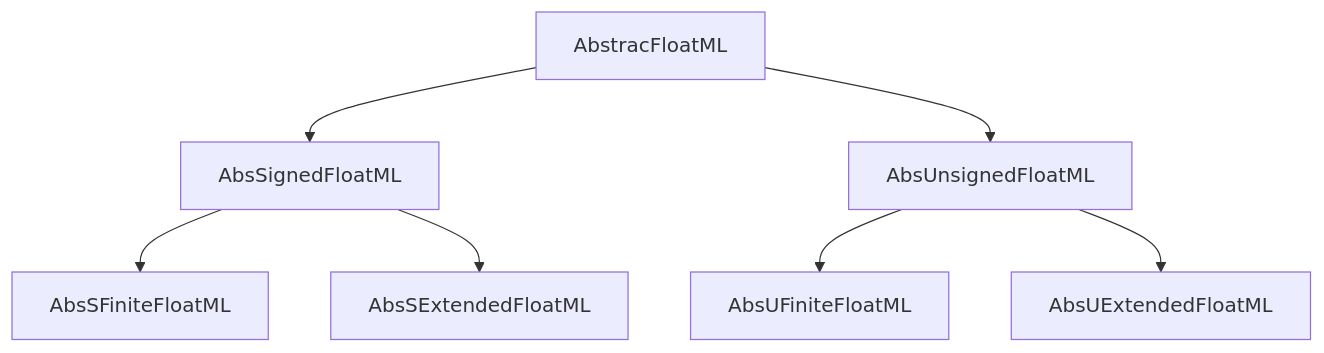
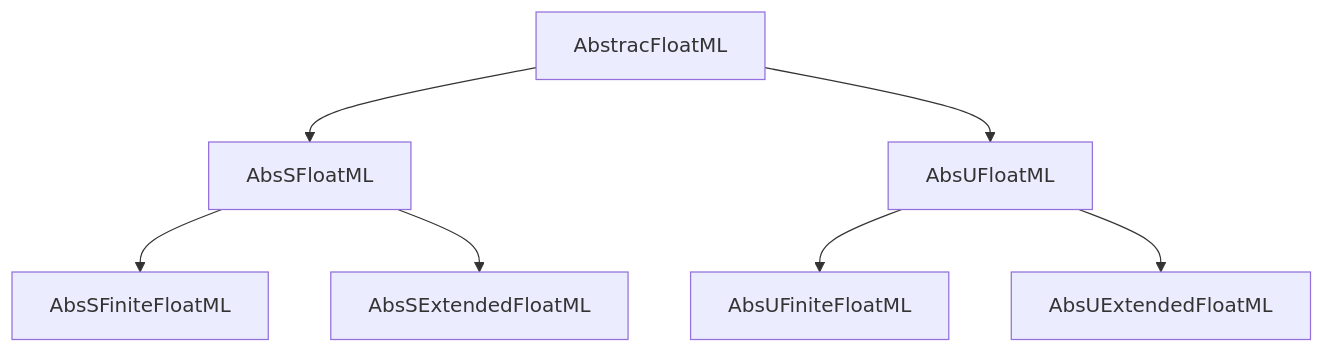
One commit to JeffreySarnoff/AIFloats.jl changed the first of 2 diagrams in docs/src/abstractions.md. Above: the diagram before and after it, drawn with Mermaid. The commit also changed 5 other files, not shown here.

````diff
--- a/docs/src/abstractions.md
+++ b/docs/src/abstractions.md
@@ -4,10 +4,10 @@
 ```mermaid
 graph TD
     A[AbstracFloatML] 
-    A--> S[AbsSignedFloatML]
-    A--> U[AbsUnsignedFloatML]
+    A--> S[AbsSFloatML]
+    A--> U[AbsUFloatML]
     S--> SF[AbsSFiniteFloatML]
     S--> SE[AbsSExtendedFloatML]
     U--> UF[AbsUFiniteFloatML]
     U--> UE[AbsUExtendedFloatML]
 ```
````
